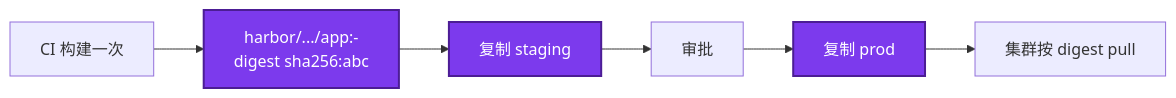
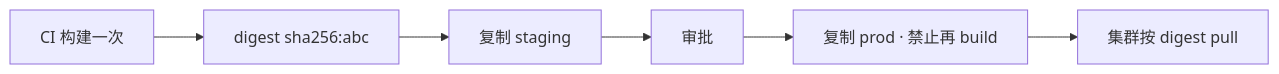
Before and after one commit to ml-cuizijun/LearnToLilith: the fifth of 8 diagrams in 05-工程化与自动化/02-CI-CD/知识点.md, drawn with Mermaid. The commit also changed other lines of this file and 107 other files, not shown here.

````diff
--- a/05-工程化与自动化/02-CI-CD/知识点.md
+++ b/05-工程化与自动化/02-CI-CD/知识点.md
@@ -200,11 +235,8 @@
 ```mermaid
 flowchart LR
-    A[CI 构建一次] --> B["harbor/.../app:<ver>-<sha><br/>digest sha256:abc"]
+    A[CI 构建一次] --> B["digest sha256:abc"]
     B --> C[复制 staging]
     C --> D[审批]
-    D --> E[复制 prod]
+    D --> E[复制 prod · 禁止再 build]
     E --> F[集群按 digest pull]
-
-    classDef a fill:#7C3AED,stroke:#4C1D95,stroke-width:2px,color:#fff
-    class B,C,E a
 ```
````
